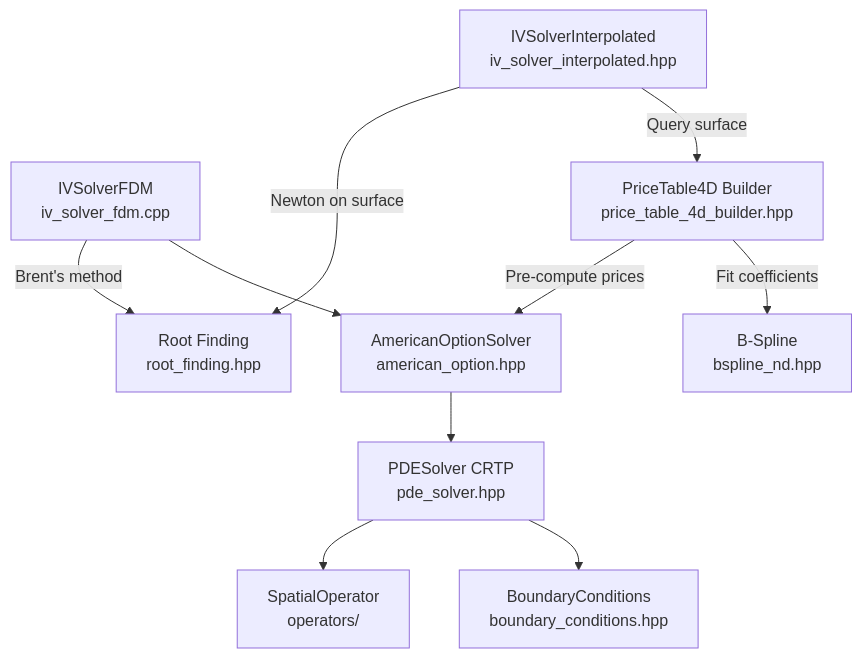
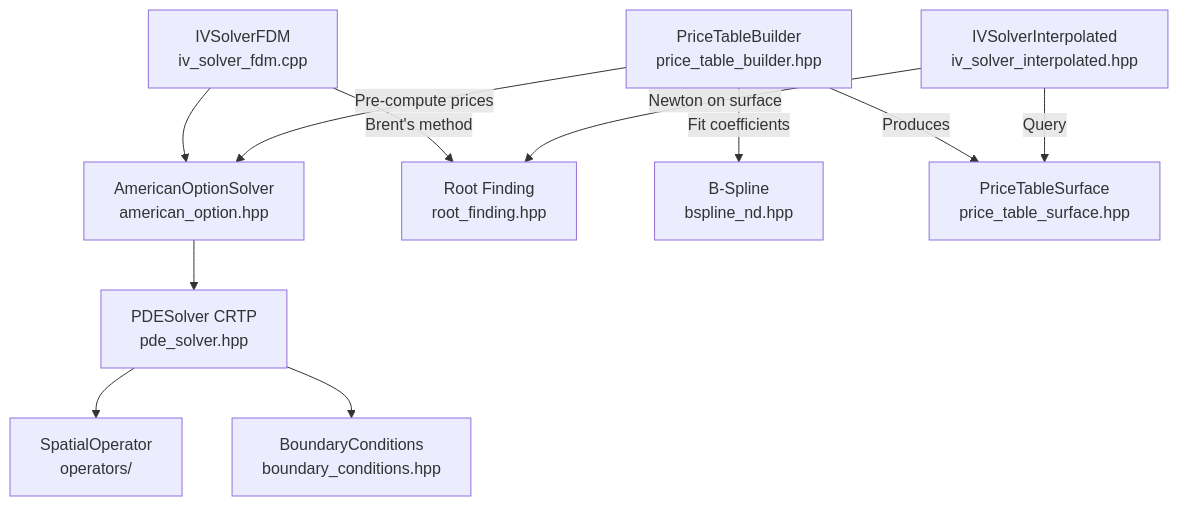
The diagram in docs/ARCHITECTURE.md (accelas/mango-option), drawn with Mermaid before and after one commit. The commit also changed 39 other files, not shown here.

First line of the commit message:
Refactor: Replace PriceTable4DBuilder with generic PriceTableBuilder<N> (#245)

````diff
--- a/docs/ARCHITECTURE.md
+++ b/docs/ARCHITECTURE.md
@@ -25,22 +25,24 @@
 ```mermaid
 graph TD
     IV[IVSolverFDM<br/>iv_solver_fdm.cpp]
     AO[AmericanOptionSolver<br/>american_option.hpp]
     PDE[PDESolver CRTP<br/>pde_solver.hpp]
     OPS[SpatialOperator<br/>operators/]
     BC[BoundaryConditions<br/>boundary_conditions.hpp]
     ROOT[Root Finding<br/>root_finding.hpp]
     SPLINE[B-Spline<br/>bspline_nd.hpp]
-    PTABLE[PriceTable4D Builder<br/>price_table_4d_builder.hpp]
+    PTABLE[PriceTableBuilder<N><br/>price_table_builder.hpp]
+    SURFACE[PriceTableSurface<N><br/>price_table_surface.hpp]
     IVFAST[IVSolverInterpolated<br/>iv_solver_interpolated.hpp]
 
     IV -->|Brent's method| ROOT
     IV --> AO
     AO --> PDE
     PDE --> OPS
     PDE --> BC
     PTABLE -->|Pre-compute prices| AO
     PTABLE -->|Fit coefficients| SPLINE
+    PTABLE -->|Produces| SURFACE
     IVFAST -->|Newton on surface| ROOT
-    IVFAST -->|Query surface| PTABLE
+    IVFAST -->|Query| SURFACE
 ```
````
